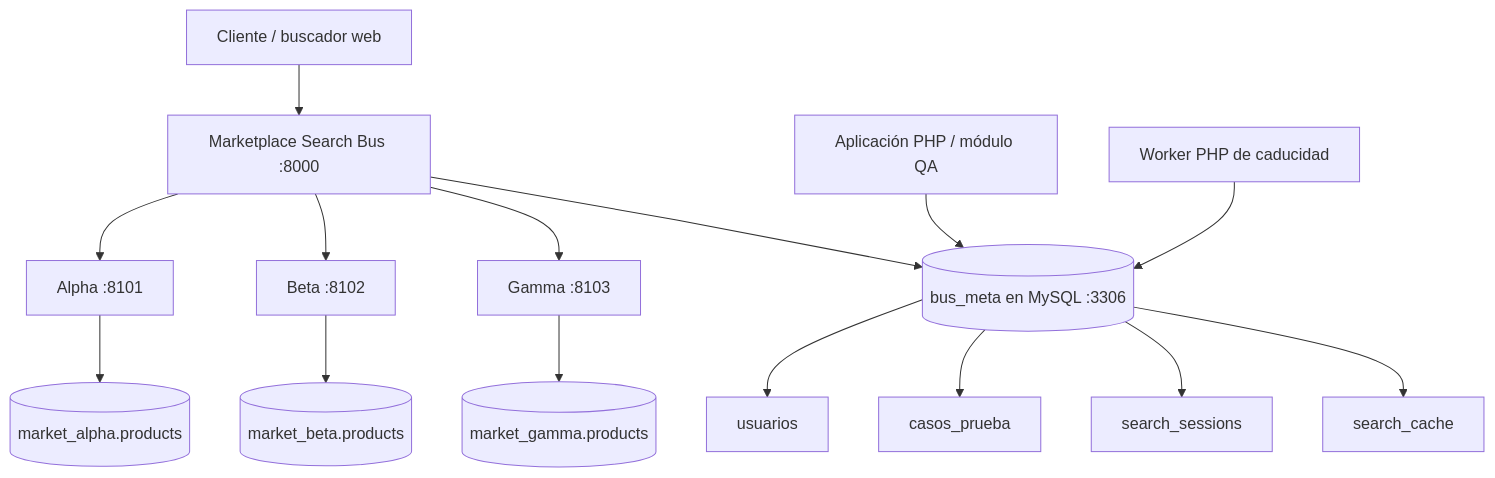
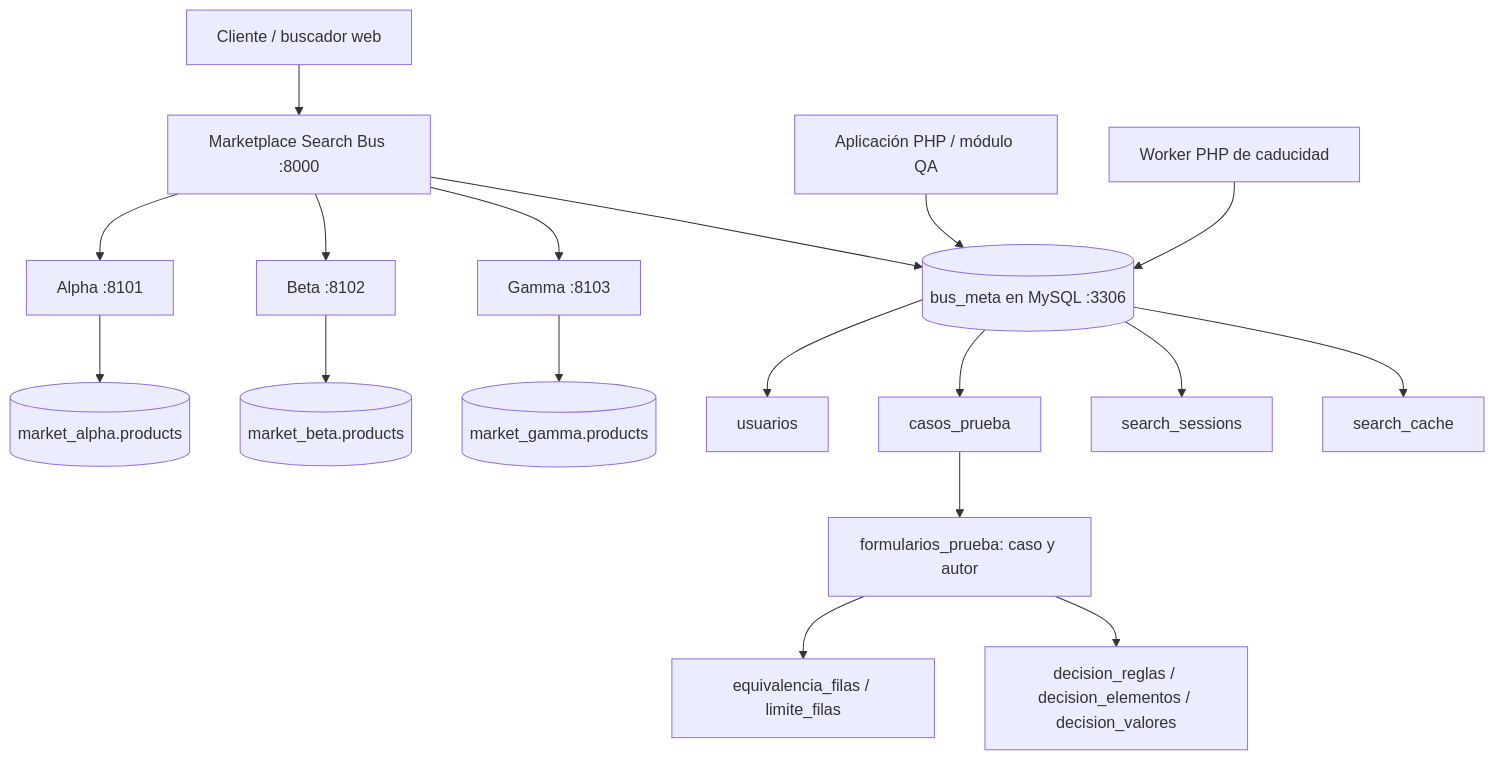
Before and after one commit to jrod-md/ISA3-P: the diagram in docs/architecture.md, drawn with Mermaid. The commit also changed other lines of this file and 28 other files, not shown here.

````diff
--- a/docs/architecture.md
+++ b/docs/architecture.md
@@ -3,17 +3,20 @@
 ```mermaid
 flowchart TD
     Cliente[Cliente / buscador web] --> Bus[Marketplace Search Bus :8000]
     Bus --> Alpha[Alpha :8101]
     Bus --> Beta[Beta :8102]
     Bus --> Gamma[Gamma :8103]
     Alpha --> MA[(market_alpha.products)]
     Beta --> MB[(market_beta.products)]
     Gamma --> MG[(market_gamma.products)]
     Bus --> Meta[(bus_meta en MySQL :3306)]
     QA[Aplicación PHP / módulo QA] --> Meta
     Meta --> U[usuarios]
     Meta --> C[casos_prueba]
+    C --> F[formularios_prueba: caso y autor]
+    F --> E[equivalencia_filas / limite_filas]
+    F --> D[decision_reglas / decision_elementos / decision_valores]
     Meta --> S[search_sessions]
     Meta --> K[search_cache]
     Worker[Worker PHP de caducidad] --> Meta
 ```
````
